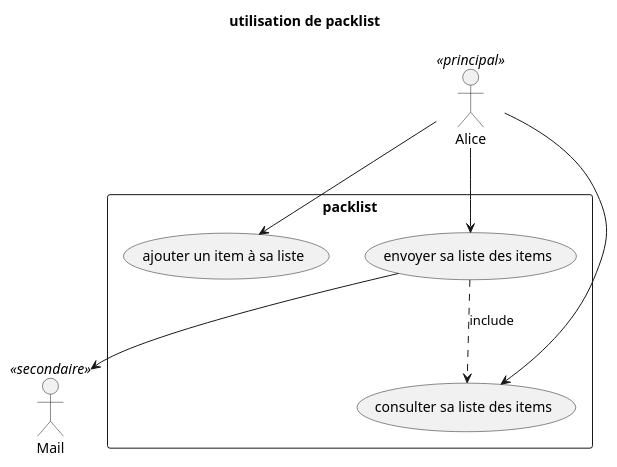
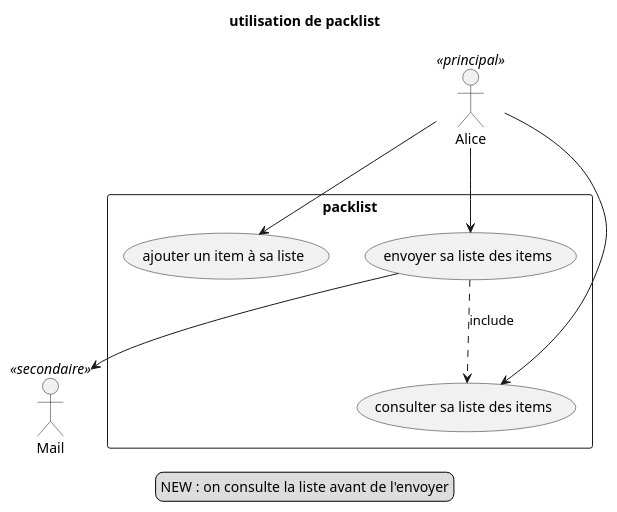
Before and after one commit to nbossard/plantuml_demo: the diagram in TP/Solutions/usecase_4.pu, drawn with PlantUML. The commit also changed 11 other files, not shown here.

```diff
--- a/TP/Solutions/usecase_4.pu
+++ b/TP/Solutions/usecase_4.pu
@@ -1,18 +1,22 @@
 @startuml
     Title utilisation de packlist
 
     :Alice: <<principal>>
     :Mail: <<secondaire>>
     rectangle packlist {
         (ajouter un item à sa liste)
         (consulter sa liste des items)
         (envoyer sa liste des items)
 
         Alice --> (ajouter un item à sa liste)
         Alice --> (consulter sa liste des items)
         Alice --> (envoyer sa liste des items)
         (envoyer sa liste des items)..>(consulter sa liste des items) : include
 
         (envoyer sa liste des items) --> :Mail:
     }
+
+    legend
+        NEW : on consulte la liste avant de l'envoyer
+    endlegend
 @enduml
```
